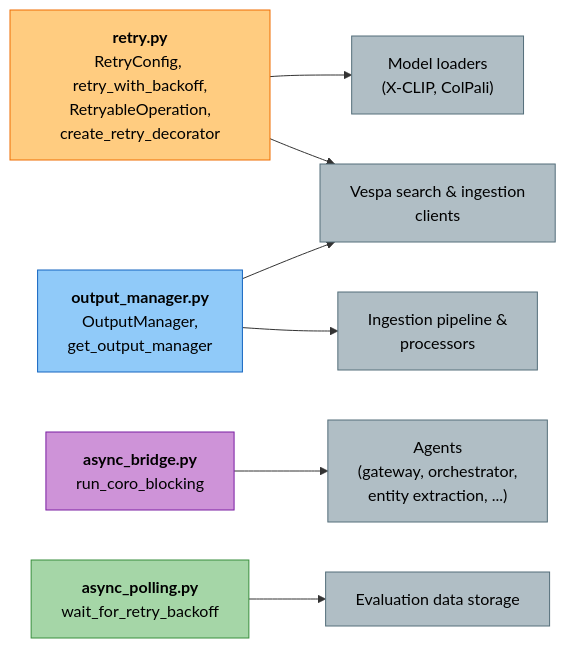
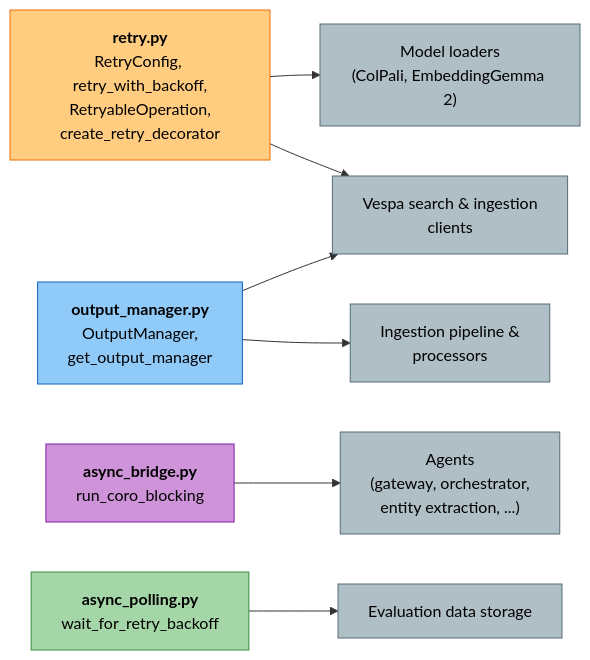
Before and after one commit to amit-jain/cogniverse: the second of 2 diagrams in docs/modules/utils.md, drawn with Mermaid. The commit also changed other lines of this file and 161 other files, not shown here.

````diff
--- a/docs/modules/utils.md
+++ b/docs/modules/utils.md
@@ -83,30 +83,30 @@
 ```mermaid
 flowchart LR
     RETRY["<span style='color:#000'><b>retry.py</b><br/>RetryConfig, retry_with_backoff,<br/>RetryableOperation,<br/>create_retry_decorator</span>"]
     OUT["<span style='color:#000'><b>output_manager.py</b><br/>OutputManager,<br/>get_output_manager</span>"]
     BRIDGE["<span style='color:#000'><b>async_bridge.py</b><br/>run_coro_blocking</span>"]
     POLL["<span style='color:#000'><b>async_polling.py</b><br/>wait_for_retry_backoff</span>"]
 
-    MODELS["<span style='color:#000'>Model loaders<br/>(X-CLIP, ColPali)</span>"]
+    MODELS["<span style='color:#000'>Model loaders<br/>(ColPali, EmbeddingGemma 2)</span>"]
     VESPA["<span style='color:#000'>Vespa search &amp; ingestion<br/>clients</span>"]
     INGEST["<span style='color:#000'>Ingestion pipeline &amp;<br/>processors</span>"]
     AGENTS["<span style='color:#000'>Agents<br/>(gateway, orchestrator,<br/>entity extraction, ...)</span>"]
     EVAL["<span style='color:#000'>Evaluation data storage</span>"]
 
     RETRY --> MODELS
     RETRY --> VESPA
     OUT --> INGEST
     OUT --> VESPA
     BRIDGE --> AGENTS
     POLL --> EVAL
 
     style RETRY fill:#ffcc80,stroke:#ef6c00,color:#000
     style OUT fill:#90caf9,stroke:#1565c0,color:#000
     style BRIDGE fill:#ce93d8,stroke:#7b1fa2,color:#000
     style POLL fill:#a5d6a7,stroke:#388e3c,color:#000
     style MODELS fill:#b0bec5,stroke:#546e7a,color:#000
     style VESPA fill:#b0bec5,stroke:#546e7a,color:#000
     style INGEST fill:#b0bec5,stroke:#546e7a,color:#000
     style AGENTS fill:#b0bec5,stroke:#546e7a,color:#000
     style EVAL fill:#b0bec5,stroke:#546e7a,color:#000
 ```
````
